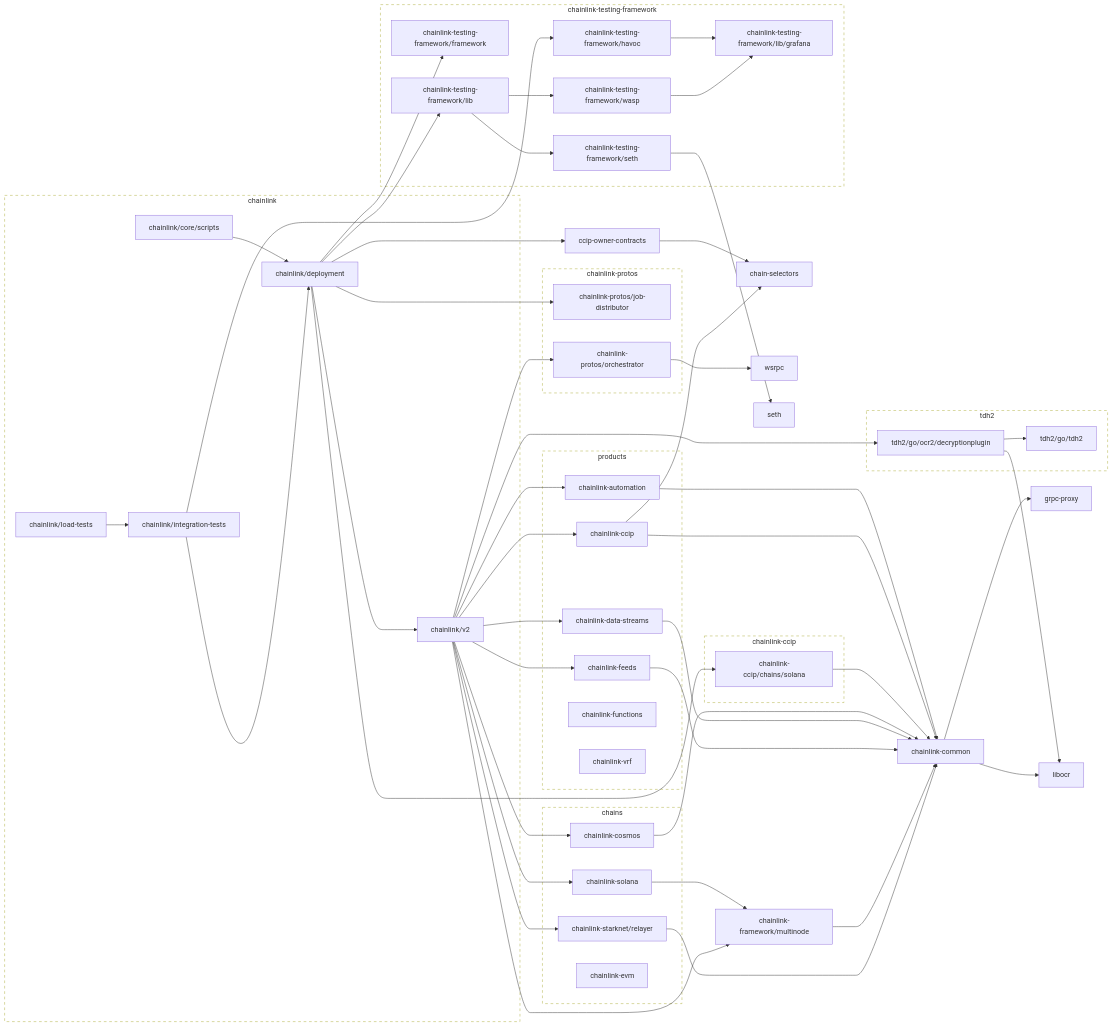
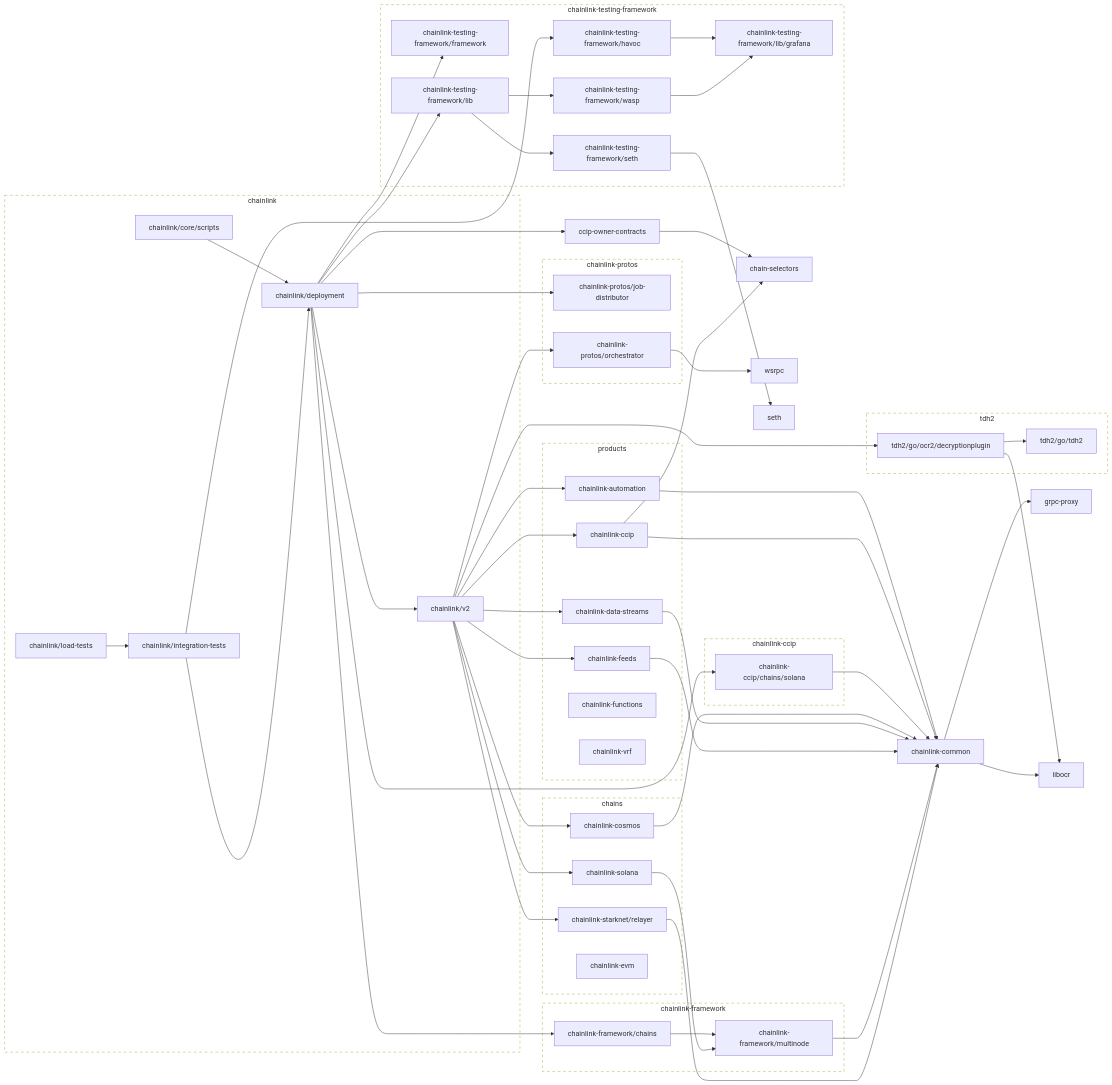
Before and after one commit to JohnDaWalka/chainlink: the second of 2 diagrams in go.md, drawn with Mermaid. The commit also changed other lines of this file, not shown here.

````diff
--- a/go.md
+++ b/go.md
@@ -119,6 +118,8 @@
 	click chainlink-data-streams href "https://github.com/smartcontractkit/chainlink-data-streams"
 	chainlink-feeds --> chainlink-common
 	click chainlink-feeds href "https://github.com/smartcontractkit/chainlink-feeds"
+	chainlink-framework/chains --> chainlink-framework/multinode
+	click chainlink-framework/chains href "https://github.com/smartcontractkit/chainlink-framework"
 	chainlink-framework/multinode --> chainlink-common
 	click chainlink-framework/multinode href "https://github.com/smartcontractkit/chainlink-framework"
 	chainlink-protos/job-distributor
@@ -146,6 +147,7 @@
 	click chainlink/core/scripts href "https://github.com/smartcontractkit/chainlink"
 	chainlink/deployment --> ccip-owner-contracts
 	chainlink/deployment --> chainlink-ccip/chains/solana
+	chainlink/deployment --> chainlink-framework/chains
 	chainlink/deployment --> chainlink-protos/job-distributor
 	chainlink/deployment --> chainlink-testing-framework/framework
 	chainlink/deployment --> chainlink-testing-framework/lib
@@ -161,7 +163,6 @@
 	chainlink/v2 --> chainlink-cosmos
 	chainlink/v2 --> chainlink-data-streams
 	chainlink/v2 --> chainlink-feeds
-	chainlink/v2 --> chainlink-framework/multinode
 	chainlink/v2 --> chainlink-protos/orchestrator
 	chainlink/v2 --> chainlink-solana
 	chainlink/v2 --> chainlink-starknet/relayer
@@ -196,6 +197,12 @@
 	end
 	click chainlink-ccip-repo href "https://github.com/smartcontractkit/chainlink-ccip"
 
+	subgraph chainlink-framework-repo[chainlink-framework]
+		 chainlink-framework/chains
+		 chainlink-framework/multinode
+	end
+	click chainlink-framework-repo href "https://github.com/smartcontractkit/chainlink-framework"
+
 	subgraph chainlink-protos-repo[chainlink-protos]
 		 chainlink-protos/job-distributor
 		 chainlink-protos/orchestrator
@@ -219,5 +226,5 @@
 	click tdh2-repo href "https://github.com/smartcontractkit/tdh2"
 
 	classDef outline stroke-dasharray:6,fill:none;
-	class chainlink-repo,chainlink-ccip-repo,chainlink-protos-repo,chainlink-testing-framework-repo,tdh2-repo outline
+	class chainlink-repo,chainlink-ccip-repo,chainlink-framework-repo,chainlink-protos-repo,chainlink-testing-framework-repo,tdh2-repo outline
 ```
````
